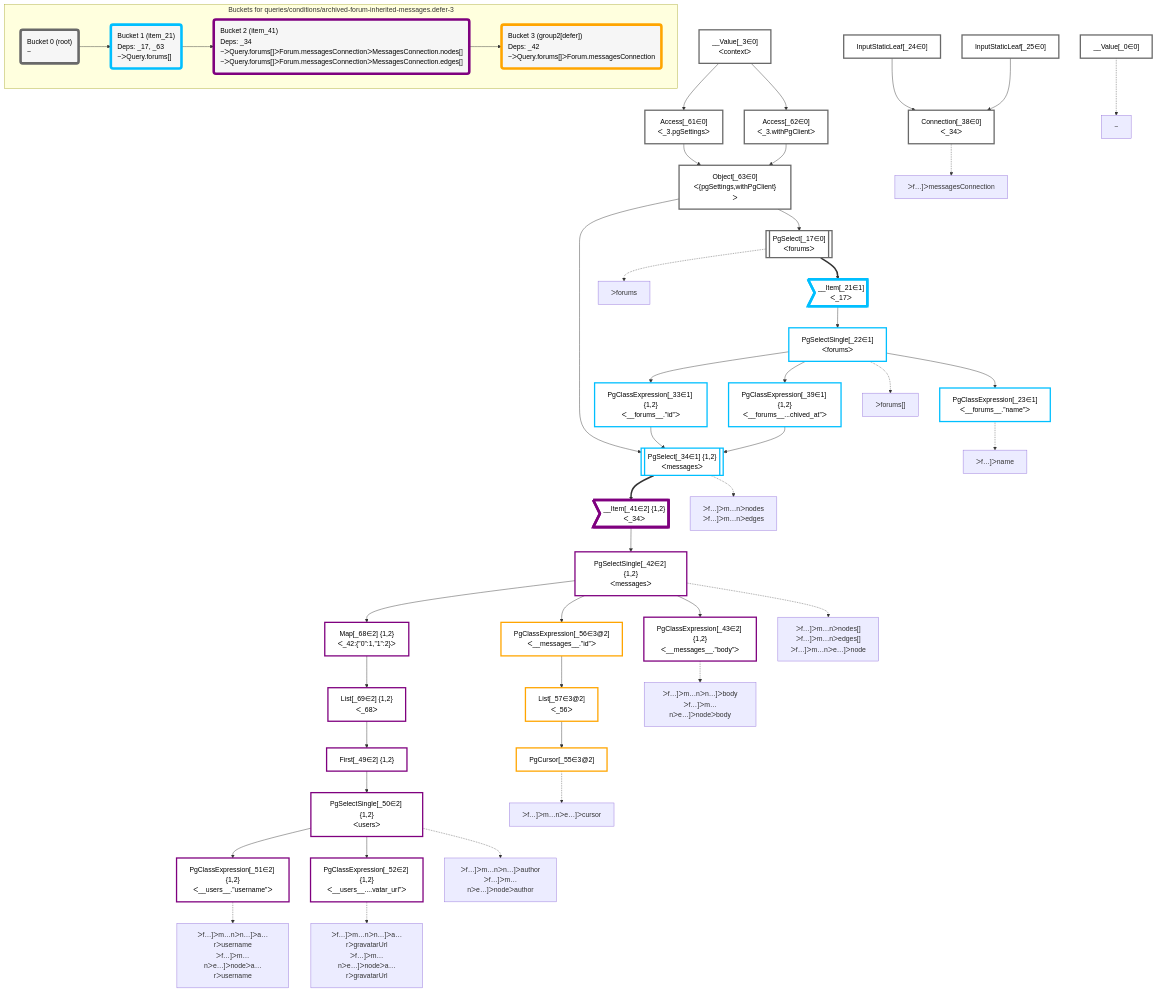
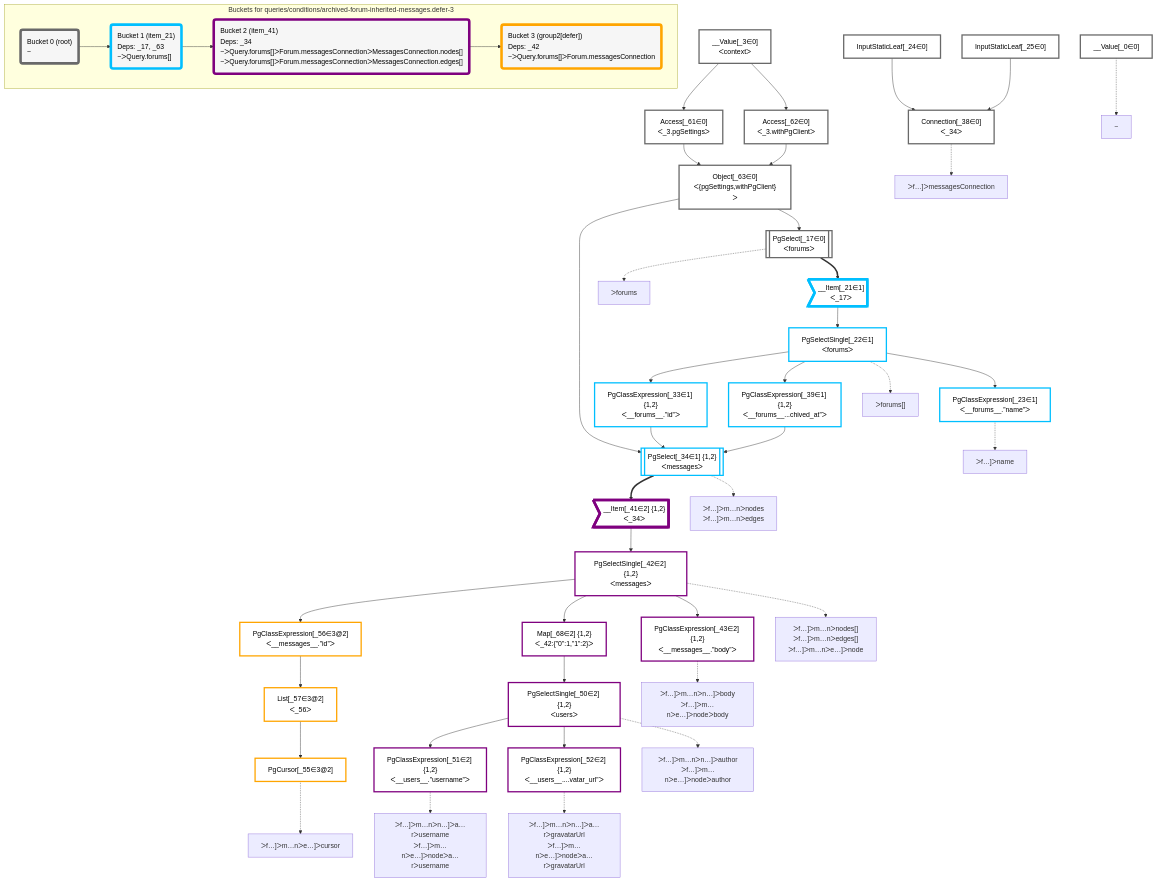
The diagram in packages/dataplan-pg/__tests__/queries/conditions/archived-forum-inherited-messages.defer-3.mermaid.md (graphile/crystal), drawn with Mermaid before and after one commit. The commit also changed 67 other files, not shown here.

```diff
--- a/packages/dataplan-pg/__tests__/queries/conditions/archived-forum-inherited-messages.defer-3.mermaid.md
+++ b/packages/dataplan-pg/__tests__/queries/conditions/archived-forum-inherited-messages.defer-3.mermaid.md
@@ -23,7 +23,6 @@
     __Item_41>"__Item[_41∈2] {1,2}<br />ᐸ_34ᐳ"]:::itemplan
     PgSelectSingle_42["PgSelectSingle[_42∈2] {1,2}<br />ᐸmessagesᐳ"]:::plan
     PgClassExpression_43["PgClassExpression[_43∈2] {1,2}<br />ᐸ__messages__.”body”ᐳ"]:::plan
-    First_49["First[_49∈2] {1,2}"]:::plan
     PgSelectSingle_50["PgSelectSingle[_50∈2] {1,2}<br />ᐸusersᐳ"]:::plan
     PgClassExpression_51["PgClassExpression[_51∈2] {1,2}<br />ᐸ__users__.”username”ᐳ"]:::plan
     PgClassExpression_52["PgClassExpression[_52∈2] {1,2}<br />ᐸ__users__....vatar_url”ᐳ"]:::plan
@@ -34,7 +33,6 @@
     Access_62["Access[_62∈0]<br />ᐸ_3.withPgClientᐳ"]:::plan
     Object_63["Object[_63∈0]<br />ᐸ{pgSettings,withPgClient}ᐳ"]:::plan
     Map_68["Map[_68∈2] {1,2}<br />ᐸ_42:{”0”:1,”1”:2}ᐳ"]:::plan
-    List_69["List[_69∈2] {1,2}<br />ᐸ_68ᐳ"]:::plan
 
     %% plan dependencies
     Object_63 --> PgSelect_17
@@ -51,8 +49,7 @@
     PgSelect_34 ==> __Item_41
     __Item_41 --> PgSelectSingle_42
     PgSelectSingle_42 --> PgClassExpression_43
-    List_69 --> First_49
-    First_49 --> PgSelectSingle_50
+    Map_68 --> PgSelectSingle_50
     PgSelectSingle_50 --> PgClassExpression_51
     PgSelectSingle_50 --> PgClassExpression_52
     List_57 --> PgCursor_55
@@ -63,7 +60,6 @@
     Access_61 --> Object_63
     Access_62 --> Object_63
     PgSelectSingle_42 --> Map_68
-    Map_68 --> List_69
 
     %% plan-to-path relationships
     P_0["~"]
@@ -97,7 +93,7 @@
     classDef bucket1 stroke:#00bfff
     class __Item_21,PgSelectSingle_22,PgClassExpression_23,PgClassExpression_33,PgSelect_34,PgClassExpression_39 bucket1
     classDef bucket2 stroke:#7f007f
-    class __Item_41,PgSelectSingle_42,PgClassExpression_43,First_49,PgSelectSingle_50,PgClassExpression_51,PgClassExpression_52,Map_68,List_69 bucket2
+    class __Item_41,PgSelectSingle_42,PgClassExpression_43,PgSelectSingle_50,PgClassExpression_51,PgClassExpression_52,Map_68 bucket2
     classDef bucket3 stroke:#ffa500
     class PgCursor_55,PgClassExpression_56,List_57 bucket3
 
```
